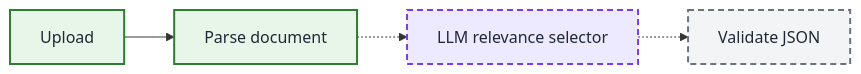
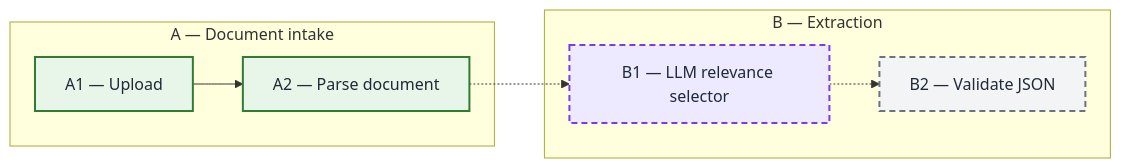
Before and after one commit to Ashrit-K/credit-agreement-parsing: the diagram in docs/superpowers/plans/2026-09-29-maintaining-pipeline-diagrams-skill.md, drawn with Mermaid. The commit also changed other lines of this file and 2 other files, not shown here.

Commit message:
docs: number pipeline diagram steps

````diff
--- a/docs/superpowers/plans/2026-09-29-maintaining-pipeline-diagrams-skill.md
+++ b/docs/superpowers/plans/2026-09-29-maintaining-pipeline-diagrams-skill.md
@@ -111,14 +120,22 @@
 ```mermaid
 flowchart LR
-    A[Upload] --> B[Parse document]
-    B -.-> C[LLM relevance selector]
-    C -.-> D[Validate JSON]
+    subgraph A_GROUP["A — Document intake"]
+        A1[A1 — Upload] --> A2[A2 — Parse document]
+    end
+
+    subgraph B_GROUP["B — Extraction"]
+        B1[B1 — LLM relevance selector]
+        B2[B2 — Validate JSON]
+        B1 -.-> B2
+    end
+
+    A2 -.-> B1
 
     classDef implemented fill:#e8f5e9,stroke:#2e7d32,stroke-width:2px,color:#1f2937;
     classDef pending fill:#f3f4f6,stroke:#6b7280,stroke-width:2px,stroke-dasharray:6 4,color:#1f2937;
     classDef cognitivePending fill:#ede9fe,stroke:#7c3aed,stroke-width:2px,stroke-dasharray:6 4,color:#1f2937;
 
-    class A,B implemented;
-    class C cognitivePending;
-    class D pending;
+    class A1,A2 implemented;
+    class B1 cognitivePending;
+    class B2 pending;
 ```
````
